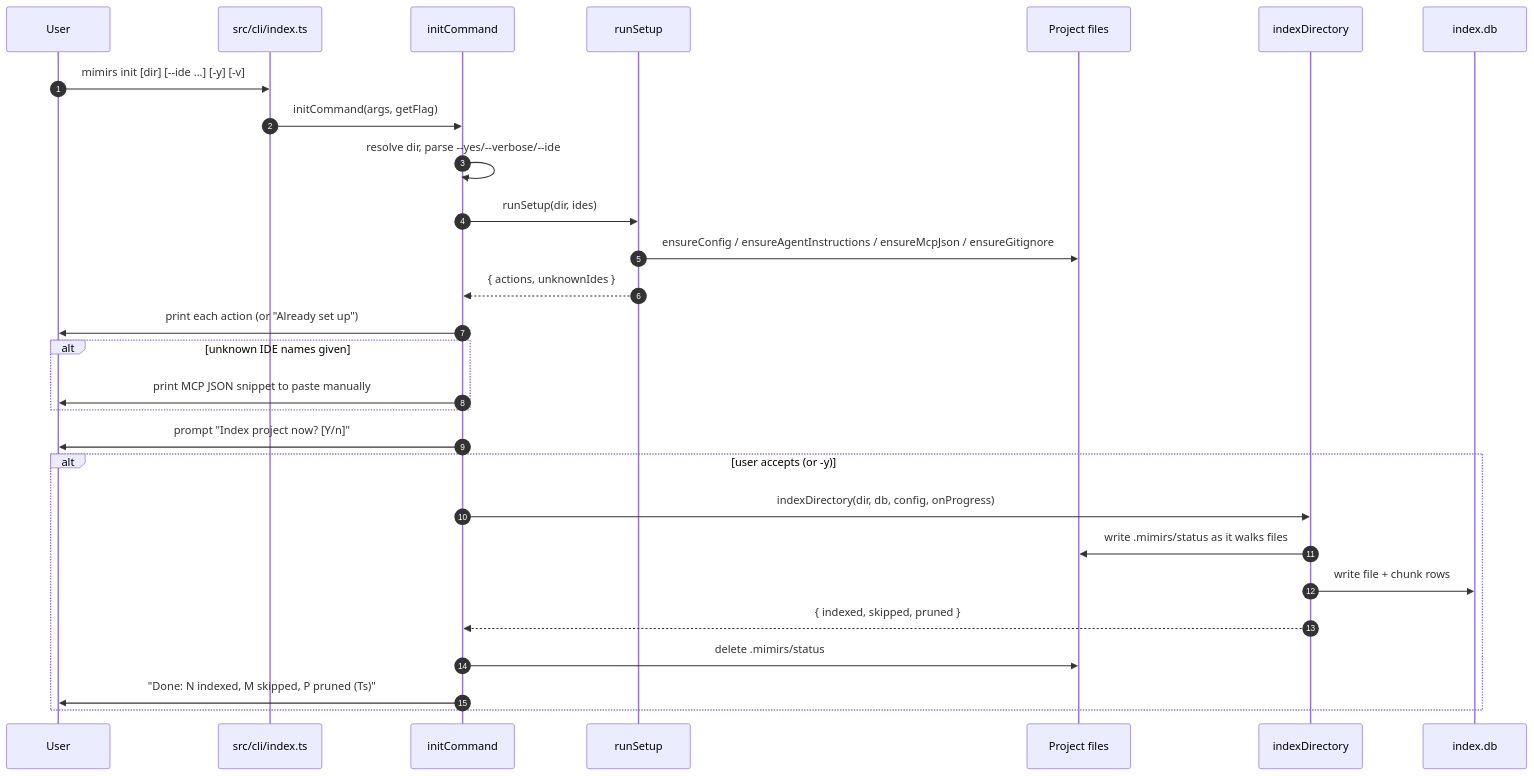
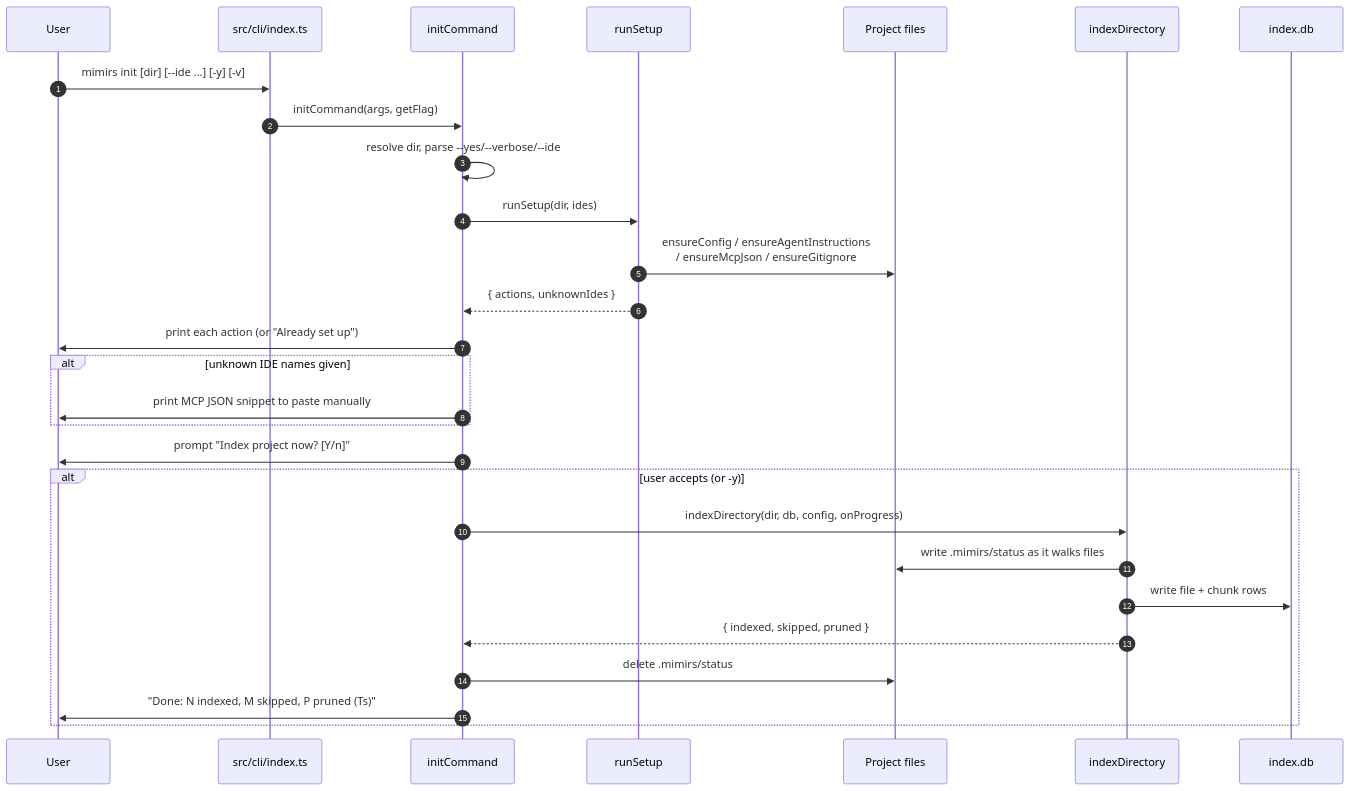
Before and after one commit to TheWinci/mimirs: the diagram in wiki/cli/init.md, drawn with Mermaid. The commit also changed other lines of this file and 55 other files, not shown here.

````diff
--- a/wiki/cli/init.md
+++ b/wiki/cli/init.md
@@ -13,31 +13,31 @@
 ```mermaid
 sequenceDiagram
     autonumber
     participant User
     participant Dispatch as src/cli/index.ts
     participant Init as initCommand
     participant Setup as runSetup
     participant FS as Project files
     participant Indexer as indexDirectory
     participant DB as index.db
 
     User->>Dispatch: mimirs init [dir] [--ide ...] [-y] [-v]
     Dispatch->>Init: initCommand(args, getFlag)
     Init->>Init: resolve dir, parse --yes/--verbose/--ide
     Init->>Setup: runSetup(dir, ides)
-    Setup->>FS: ensureConfig / ensureAgentInstructions / ensureMcpJson / ensureGitignore
+    Setup->>FS: ensureConfig / ensureAgentInstructions<br>/ ensureMcpJson / ensureGitignore
     Setup-->>Init: { actions, unknownIdes }
     Init->>User: print each action (or "Already set up")
     alt unknown IDE names given
         Init->>User: print MCP JSON snippet to paste manually
     end
     Init->>User: prompt "Index project now? [Y/n]"
     alt user accepts (or -y)
         Init->>Indexer: indexDirectory(dir, db, config, onProgress)
         Indexer->>FS: write .mimirs/status as it walks files
         Indexer->>DB: write file + chunk rows
         Indexer-->>Init: { indexed, skipped, pruned }
         Init->>FS: delete .mimirs/status
         Init->>User: "Done: N indexed, M skipped, P pruned (Ts)"
     end
 ```
````
